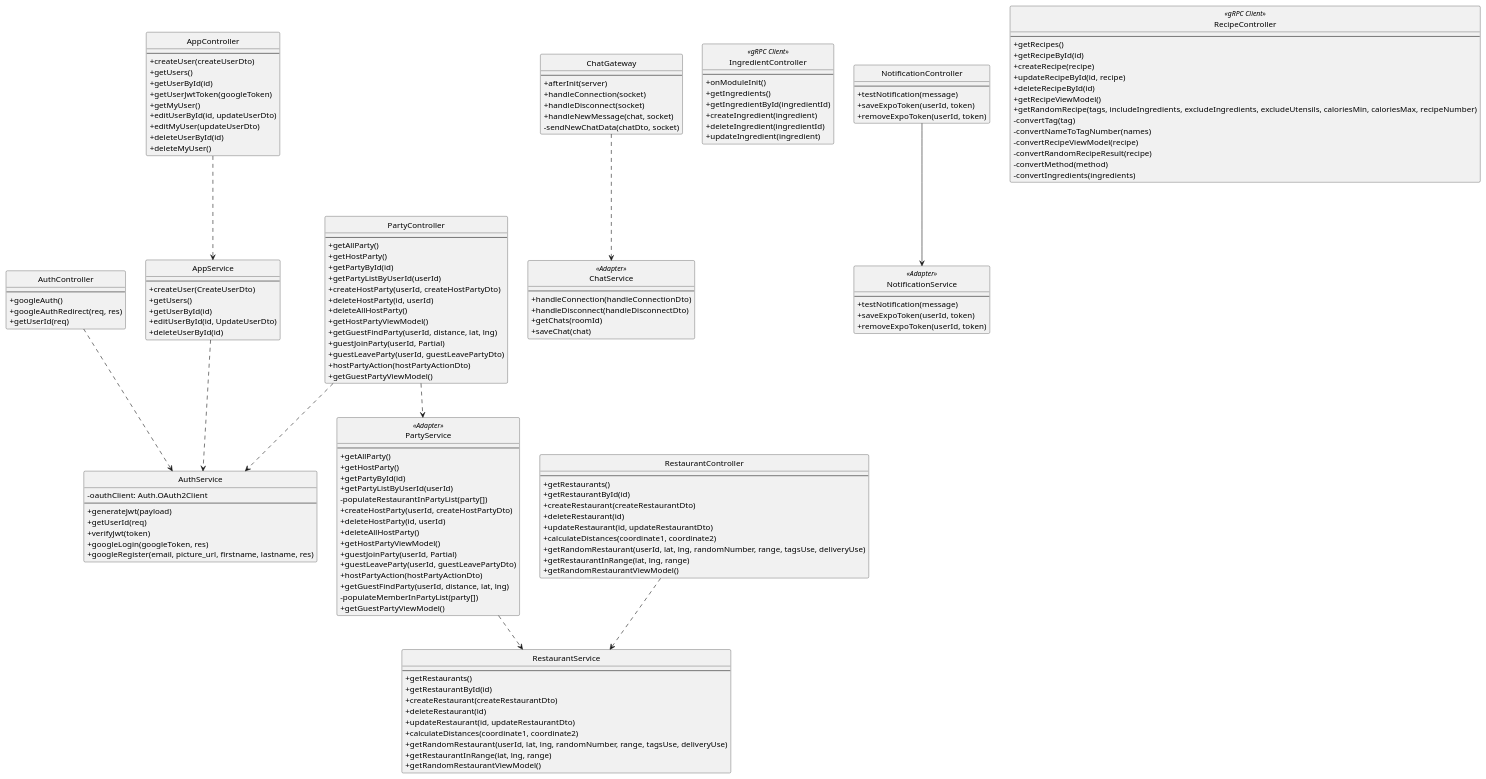
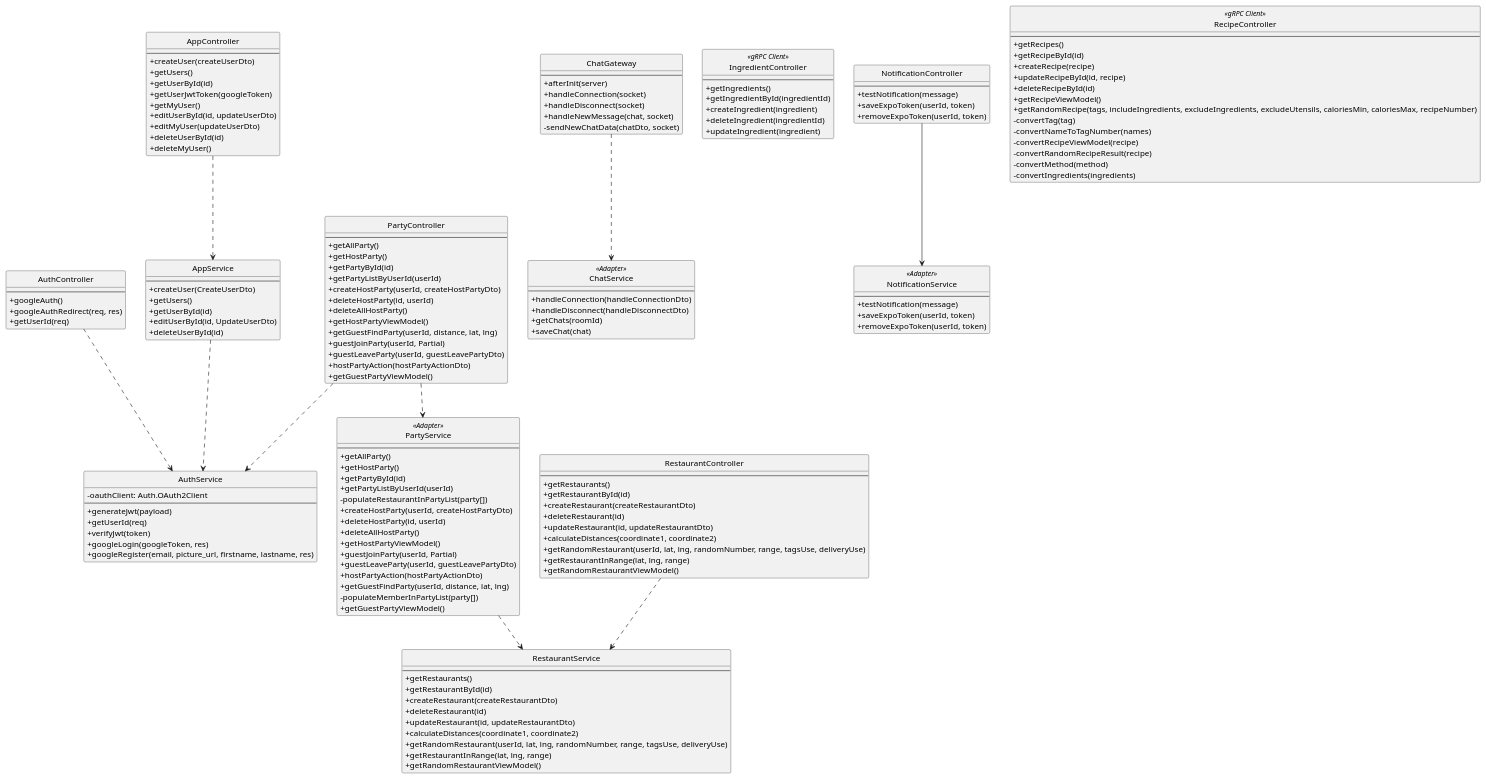
Before and after one commit to pakornyodkab/foodHelpr: the diagram in Diagrams/classDiagram/api-gateway.plantuml, drawn with PlantUML. The commit also changed 5 other files, not shown here.

Commit message:
Add more diagrams

```diff
--- a/Diagrams/classDiagram/api-gateway.plantuml
+++ b/Diagrams/classDiagram/api-gateway.plantuml
@@ -1,179 +1,178 @@
 @startuml
 skinparam classAttributeIconSize 0
 
 hide circle
 
 AuthController ..> AuthService
 
 class  AuthController {
   ----
   + googleAuth()
   + googleAuthRedirect(req, res)
   + getUserId(req)
 }
 
 class  AuthService {
   - oauthClient: Auth.OAuth2Client
   ----
   + generateJwt(payload)
   + getUserId(req)
   + verifyJwt(token)
   + googleLogin(googleToken, res)
   + googleRegister(email, picture_url, firstname, lastname, res)
 }
 
 ChatGateway ..> ChatService
 
 class  ChatGateway {
   ----
   +  afterInit(server)
   +  handleConnection(socket)
   +  handleDisconnect(socket)
   +  handleNewMessage(chat, socket)
   -  sendNewChatData(chatDto, socket)
 }
 
 class  ChatService <<Adapter>> {
   ----
   + handleConnection(handleConnectionDto)
   + handleDisconnect(handleDisconnectDto)
   + getChats(roomId)
   + saveChat(chat)
 }
 
 class  IngredientController <<gRPC Client>> {
   ----
-  + onModuleInit()
   + getIngredients()
   + getIngredientById(ingredientId)
   + createIngredient(ingredient)
   + deleteIngredient(ingredientId)
   + updateIngredient(ingredient)
 }
 
 NotificationController --> NotificationService
 
 class  NotificationController {
   ----
   + testNotification(message)
   + saveExpoToken(userId, token)
   + removeExpoToken(userId, token)
 }
 
 class  NotificationService <<Adapter>> {
   ----
   + testNotification(message)
   + saveExpoToken(userId, token)
   + removeExpoToken(userId, token)
 }
 
 PartyController ..> PartyService
 PartyController ..> AuthService
 PartyService ..> RestaurantService
 
 class  PartyController {
   ----
   + getAllParty()
   + getHostParty()
   + getPartyById(id)
   + getPartyListByUserId(userId)
   + createHostParty(userId, createHostPartyDto)
   + deleteHostParty(id, userId)
   + deleteAllHostParty()
   + getHostPartyViewModel()
   + getGuestFindParty(userId, distance, lat, lng)
   + guestJoinParty(userId, Partial)
   + guestLeaveParty(userId, guestLeavePartyDto)
   + hostPartyAction(hostPartyActionDto)
   + getGuestPartyViewModel()
 }
 
 class  PartyService <<Adapter>> {
   ----
   + getAllParty()
   + getHostParty()
   + getPartyById(id)
   + getPartyListByUserId(userId)
   - populateRestaurantInPartyList(party[])
   + createHostParty(userId, createHostPartyDto)
   + deleteHostParty(id, userId)
   + deleteAllHostParty()
   + getHostPartyViewModel()
   + guestJoinParty(userId, Partial)
   + guestLeaveParty(userId, guestLeavePartyDto)
   + hostPartyAction(hostPartyActionDto)
   + getGuestFindParty(userId, distance, lat, lng)
   - populateMemberInPartyList(party[])
   + getGuestPartyViewModel()
 }
 
 class  RecipeController <<gRPC Client>>{
   ----
   + getRecipes()
   + getRecipeById(id)
   + createRecipe(recipe)
   + updateRecipeById(id, recipe)
   + deleteRecipeById(id)
   + getRecipeViewModel()
   + getRandomRecipe(tags, includeIngredients, excludeIngredients, excludeUtensils, caloriesMin, caloriesMax, recipeNumber)
   - convertTag(tag)
   - convertNameToTagNumber(names)
   - convertRecipeViewModel(recipe)
   - convertRandomRecipeResult(recipe)
   - convertMethod(method)
   - convertIngredients(ingredients)
 }
 
 RestaurantController ..> RestaurantService
 
 class RestaurantController {
   ---
   + getRestaurants()
   + getRestaurantById(id)
   + createRestaurant(createRestaurantDto)
   + deleteRestaurant(id)
   + updateRestaurant(id, updateRestaurantDto)
   + calculateDistances(coordinate1, coordinate2)
   + getRandomRestaurant(userId, lat, lng, randomNumber, range, tagsUse, deliveryUse)
   + getRestaurantInRange(lat, lng, range)
   + getRandomRestaurantViewModel()
 }
 
 class RestaurantService {
   ---
   + getRestaurants()
   + getRestaurantById(id)
   + createRestaurant(createRestaurantDto)
   + deleteRestaurant(id)
   + updateRestaurant(id, updateRestaurantDto)
   + calculateDistances(coordinate1, coordinate2)
   + getRandomRestaurant(userId, lat, lng, randomNumber, range, tagsUse, deliveryUse)
   + getRestaurantInRange(lat, lng, range)
   + getRandomRestaurantViewModel()
 }
 
 AppController ..> AppService
 AppService ..> AuthService
 
 class AppController {
   ---
   + createUser(createUserDto)
   + getUsers()
   + getUserById(id)
   + getUserJwtToken(googleToken)
   + getMyUser()
   + editUserById(id, updateUserDto)
   + editMyUser(updateUserDto)
   + deleteUserById(id)
   + deleteMyUser()
 }
 
 class AppService {
   ---
   + createUser(CreateUserDto)
   + getUsers()
   + getUserById(id)
   + editUserById(id, UpdateUserDto)
   + deleteUserById(id)
 }
 @enduml
```
